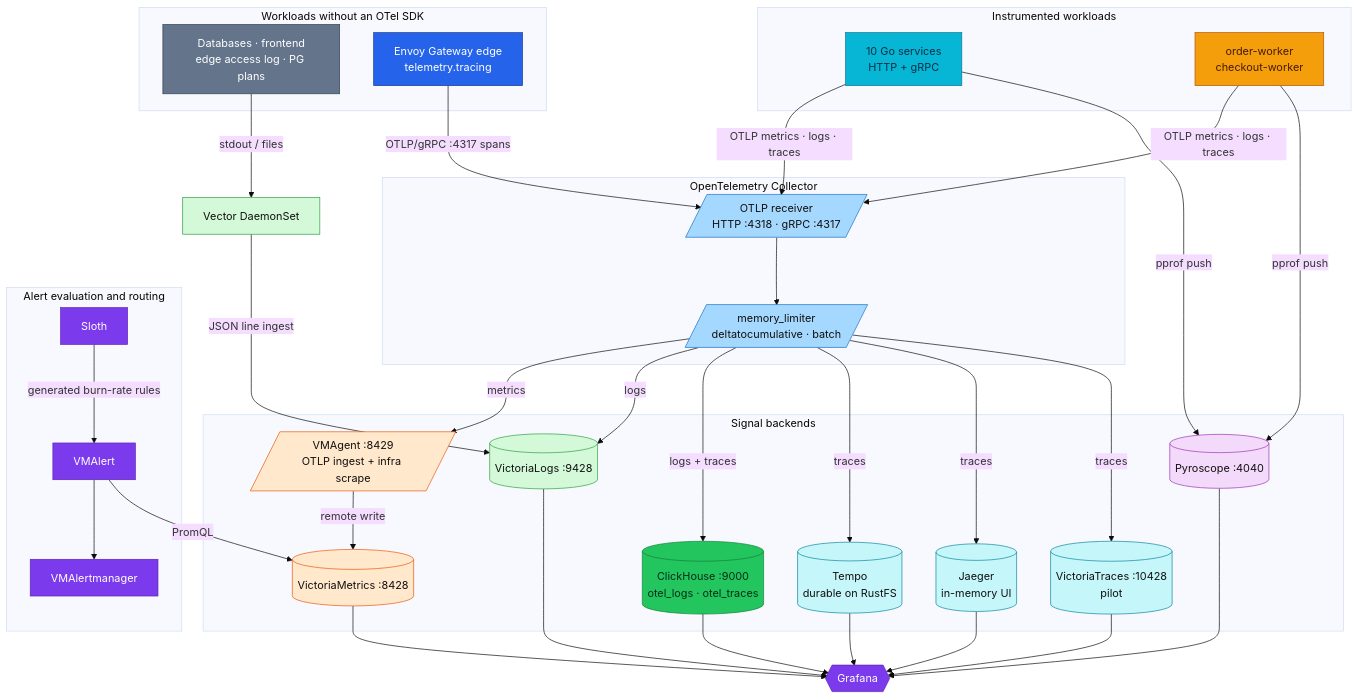
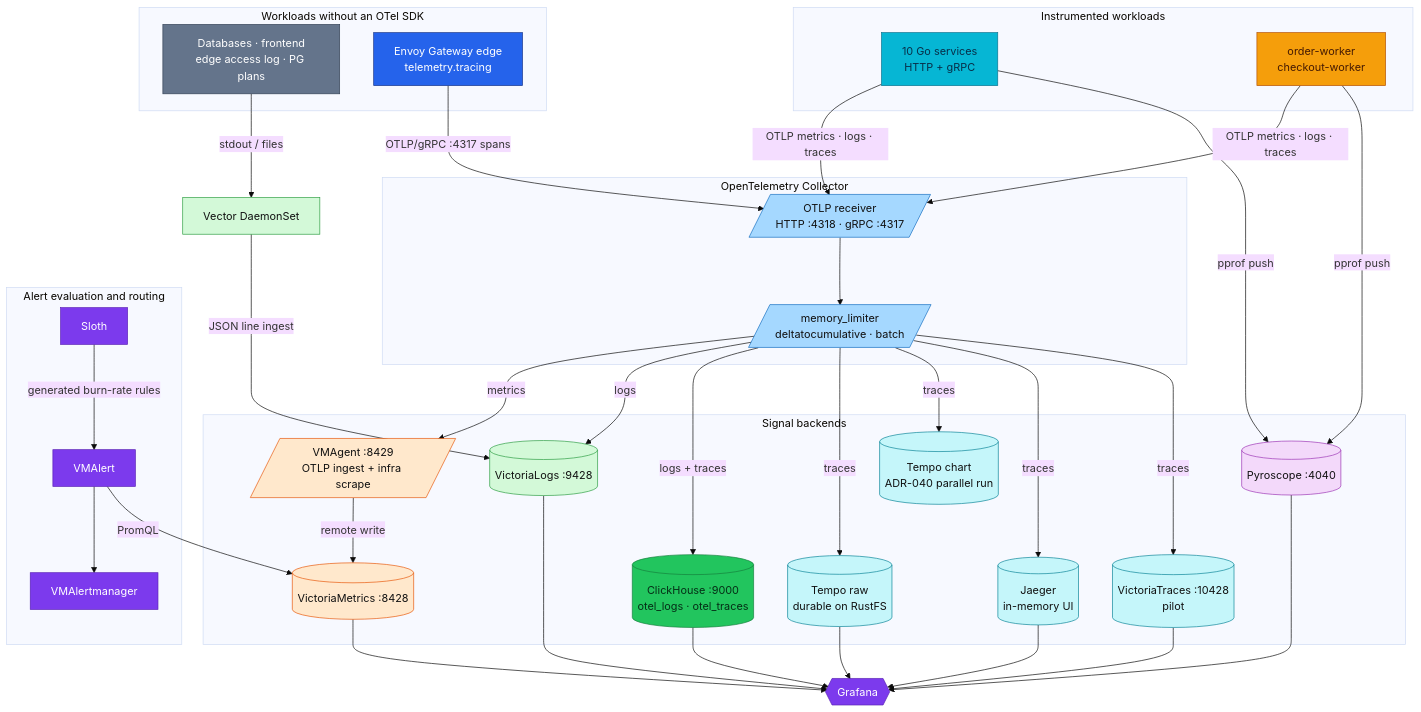
Before and after one commit to duynhlab/homelab: the first of 5 diagrams in docs/observability/README.md, drawn with Mermaid (base theme). The commit also changed other lines of this file and 12 other files, not shown here.

```diff
--- a/docs/observability/README.md
+++ b/docs/observability/README.md
@@ -44,7 +44,8 @@
         VMAgent[/"VMAgent :8429<br/>OTLP ingest + infra scrape"/]
         VMSingle[("VictoriaMetrics :8428")]
         VLogs[("VictoriaLogs :9428")]
-        Tempo[("Tempo<br/>durable on RustFS")]
+        Tempo[("Tempo raw<br/>durable on RustFS")]
+        TempoC[("Tempo chart<br/>ADR-040 parallel run")]
         Jaeger[("Jaeger<br/>in-memory UI")]
         VT[("VictoriaTraces :10428<br/>pilot")]
         CH[("ClickHouse :9000<br/>otel_logs · otel_traces")]
@@ -69,6 +70,7 @@
     Processors -->|"logs"| VLogs
     Processors -->|"logs + traces"| CH
     Processors -->|"traces"| Tempo
+    Processors -->|"traces"| TempoC
     Processors -->|"traces"| Jaeger
     Processors -->|"traces"| VT
     Vector -->|"JSON line ingest"| VLogs
@@ -99,7 +101,7 @@
     class Receiver,Processors collector;
     class VMAgent,VMSingle metric;
     class Vector,VLogs log;
-    class Tempo,Jaeger,VT trace;
+    class Tempo,TempoC,Jaeger,VT trace;
     class CH data;
     class Pyro profile;
     class Sloth,VMAlert,VMAM,Grafana platform;
```
